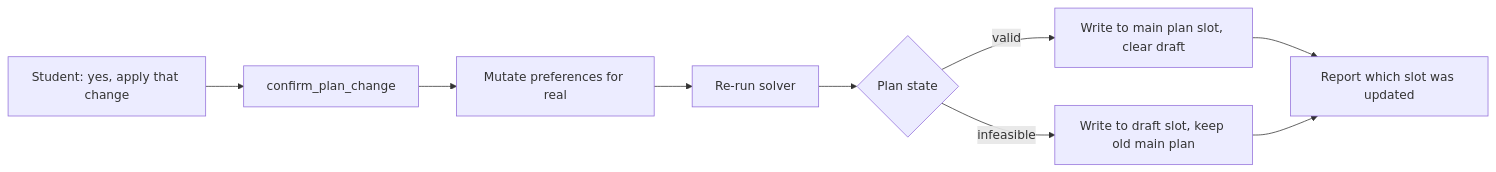
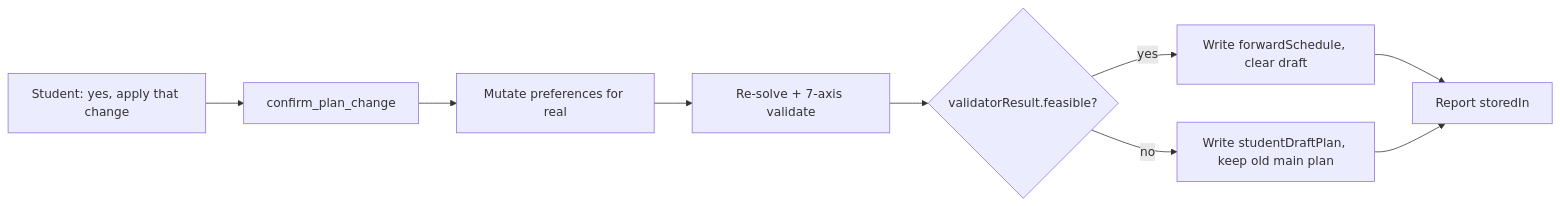
The first of 2 diagrams in Docs/current-system/tools/confirm_plan_change.md (EdoardoMongardi/NYU_Path), drawn with Mermaid before and after one commit. The commit also changed other lines of this file and 73 other files, not shown here.

````diff
--- a/Docs/current-system/tools/confirm_plan_change.md
+++ b/Docs/current-system/tools/confirm_plan_change.md
@@ -7,11 +9,11 @@
 ```mermaid
 flowchart LR
     Q[Student: yes, apply that change] --> T[confirm_plan_change]
     T --> M[Mutate preferences for real]
-    M --> S[Re-run solver]
-    S --> V{Plan state}
-    V -->|valid| MAIN[Write to main plan slot, clear draft]
-    V -->|infeasible| DRAFT[Write to draft slot, keep old main plan]
-    MAIN --> R[Report which slot was updated]
+    M --> S[Re-solve + 7-axis validate]
+    S --> V{validatorResult.feasible?}
+    V -->|yes| MAIN[Write forwardSchedule, clear draft]
+    V -->|no| DRAFT[Write studentDraftPlan, keep old main plan]
+    MAIN --> R[Report storedIn]
     DRAFT --> R
 ```
````
